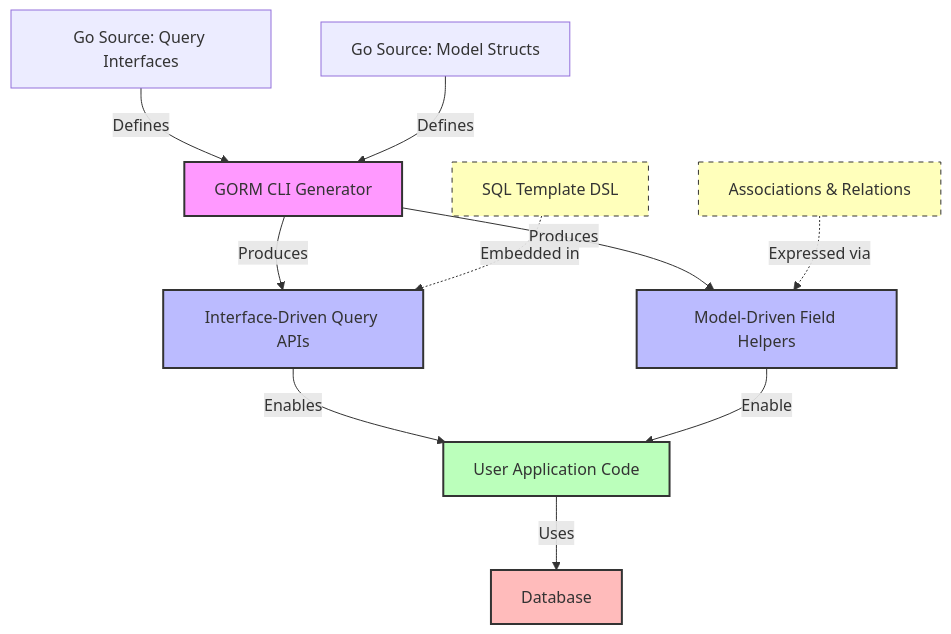
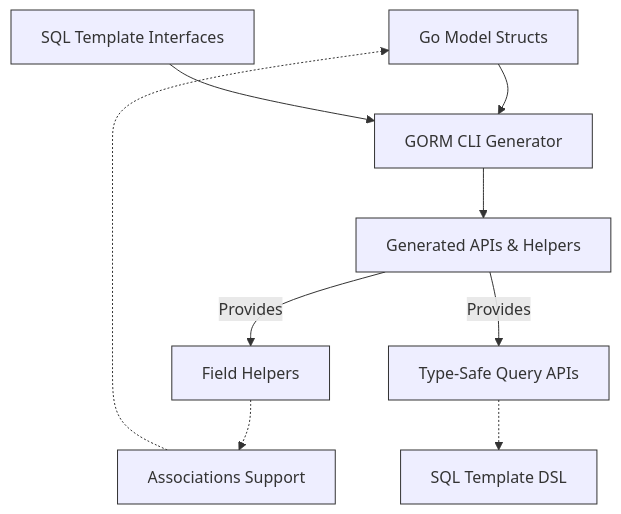
The diagram in overview/architecture-core-concepts/core-concepts-terminology.mdx (clidey/docucod-public-project-3a0e48a9-6b86-4d21-a930-072fe9723c66), drawn with Mermaid before and after one commit. The commit also changed other lines of this file and 21 other files, not shown here.

````diff
--- a/overview/architecture-core-concepts/core-concepts-terminology.mdx
+++ b/overview/architecture-core-concepts/core-concepts-terminology.mdx
@@ -200,25 +192,16 @@
 ```mermaid
-flowchart TD
+graph TD
+  Models["Go Model Structs"] --> Generator["GORM CLI Generator"]
+  QueryInterfaces["SQL Template Interfaces"] --> Generator
+  Generator --> GeneratedCode["Generated APIs & Helpers"]
 
-  InterfaceFile["Go Source: Query Interfaces"] -->|Defines| Generator["GORM CLI Generator"]
-  ModelFile["Go Source: Model Structs"] -->|Defines| Generator
+  GeneratedCode -->|Provides| FieldHelpers["Field Helpers"]
+  GeneratedCode -->|Provides| TypedQueryAPIs["Type-Safe Query APIs"]
 
-  Generator -->|Produces| QueryAPI["Interface-Driven Query APIs"]
-  Generator -->|Produces| FieldHelpers["Model-Driven Field Helpers"]
+  FieldHelpers -.-> Associations["Associations Support"]
+  TypedQueryAPIs -.-> SQLTemplates["SQL Template DSL"]
+  Associations -.-> Models
 
-  QueryAPI -->|Enables| AppCode["User Application Code"]
-  FieldHelpers -->|Enable| AppCode
-
-  TemplateSQLDSL["SQL Template DSL"] -.->|Embedded in| QueryAPI
-  Associations["Associations & Relations"] -.->|Expressed via| FieldHelpers
-
-  AppCode -->|Uses| DB["Database"]
-
-  style Generator fill:#f9f,stroke:#333,stroke-width:2px
-  style QueryAPI fill:#bbf,stroke:#333,stroke-width:2px
-  style FieldHelpers fill:#bbf,stroke:#333,stroke-width:2px
-  style AppCode fill:#bfb,stroke:#333,stroke-width:2px
-  style DB fill:#fbb,stroke:#333,stroke-width:2px
-  style TemplateSQLDSL fill:#ffb,stroke:#333,stroke-width:1px,stroke-dasharray: 5 5
-  style Associations fill:#ffb,stroke:#333,stroke-width:1px,stroke-dasharray: 5 5
+  classDef concept fill:#eef,stroke:#333,stroke-width:1px;
+  class Models,QueryInterfaces,Generator,GeneratedCode,FieldHelpers,TypedQueryAPIs,Associations,SQLTemplates concept;
 ```
````
